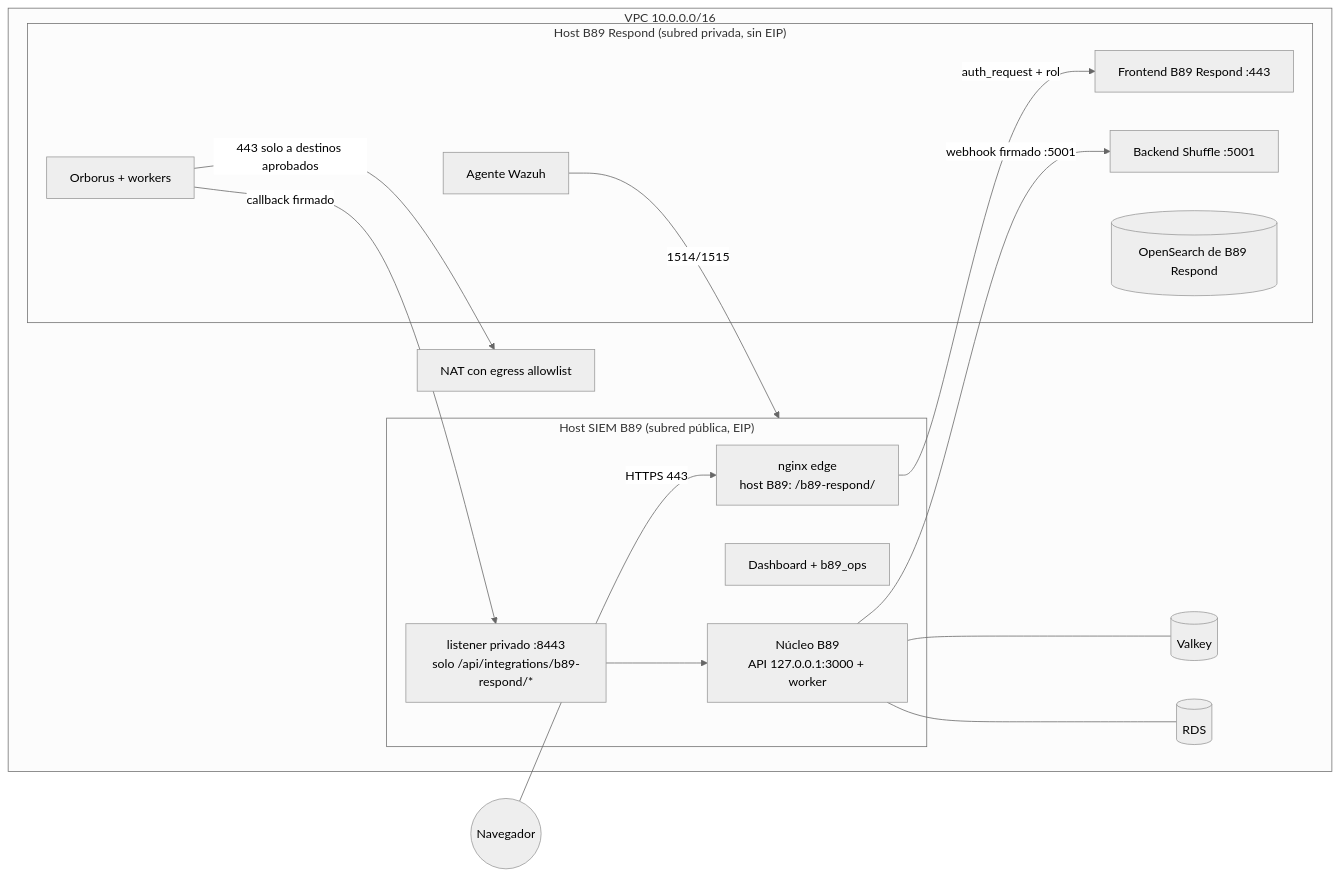
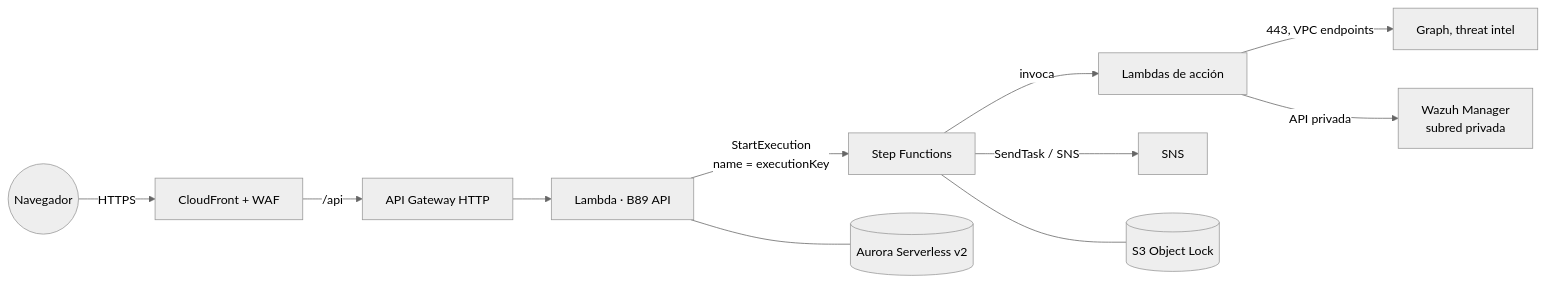
Before and after one commit to CyberStill-GmbH/b89-secops: the second of 4 diagrams in docs/14-b89-respond-conexion-b89.md, drawn with Mermaid (neutral theme). The commit also changed other lines of this file and 45 other files, not shown here.

````diff
--- a/docs/14-b89-respond-conexion-b89.md
+++ b/docs/14-b89-respond-conexion-b89.md
@@ -34,29 +36,12 @@
 ```mermaid
 flowchart LR
-  U((Navegador)) -->|HTTPS 443| EDGE
-  subgraph VPC["VPC 10.0.0.0/16"]
-    subgraph SIEMHOST["Host SIEM B89 (subred pública, EIP)"]
-      EDGE["nginx edge<br/>host B89: /b89-respond/"]
-      OSD[Dashboard + b89_ops]
-      CORE["Núcleo B89<br/>API 127.0.0.1:3000 + worker"]
-      CB["listener privado :8443<br/>solo /api/integrations/b89-respond/*"]
-    end
-    subgraph ANKHOST["Host B89 Respond (subred privada, sin EIP)"]
-      AFE[Frontend B89 Respond :443]
-      ABE[Backend Shuffle :5001]
-      AOR[Orborus + workers]
-      AOS[(OpenSearch de B89 Respond)]
-      AG[Agente Wazuh]
-    end
-    VK[(Valkey)]
-    PG[(RDS)]
-    NAT[NAT con egress allowlist]
-  end
-  EDGE -->|auth_request + rol| AFE
-  CORE -->|webhook firmado :5001| ABE
-  AOR -->|callback firmado| CB --> CORE
-  CORE --- VK
-  CORE --- PG
-  AOR -->|443 solo a destinos aprobados| NAT
-  AG -->|1514/1515| SIEMHOST
+  U((Navegador)) -->|HTTPS| CF[CloudFront + WAF]
+  CF -->|/api| APIGW[API Gateway HTTP] --> API[Lambda · B89 API]
+  API -->|StartExecution<br/>name = executionKey| SFN[Step Functions]
+  SFN -->|invoca| LA[Lambdas de acción]
+  LA -->|443, VPC endpoints| EXT[Graph, threat intel]
+  LA -->|API privada| MGR[Wazuh Manager<br/>subred privada]
+  SFN -->|SendTask / SNS| SNS[SNS]
+  API --- AUR[(Aurora Serverless v2)]
+  SFN --- S3[(S3 Object Lock)]
 ```
````
